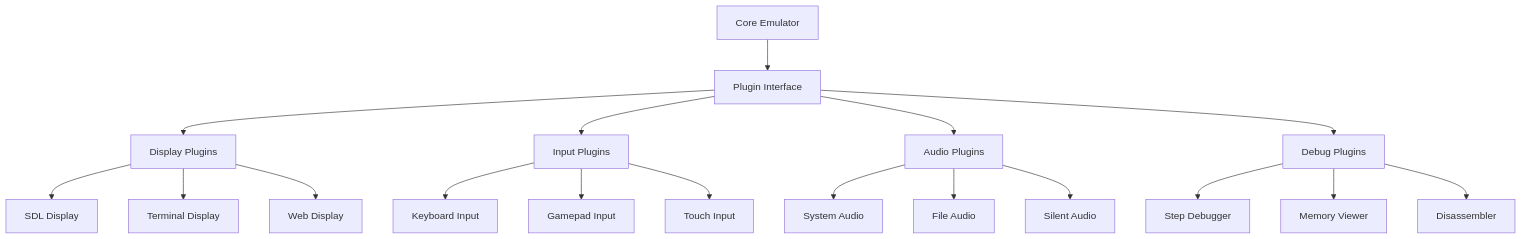
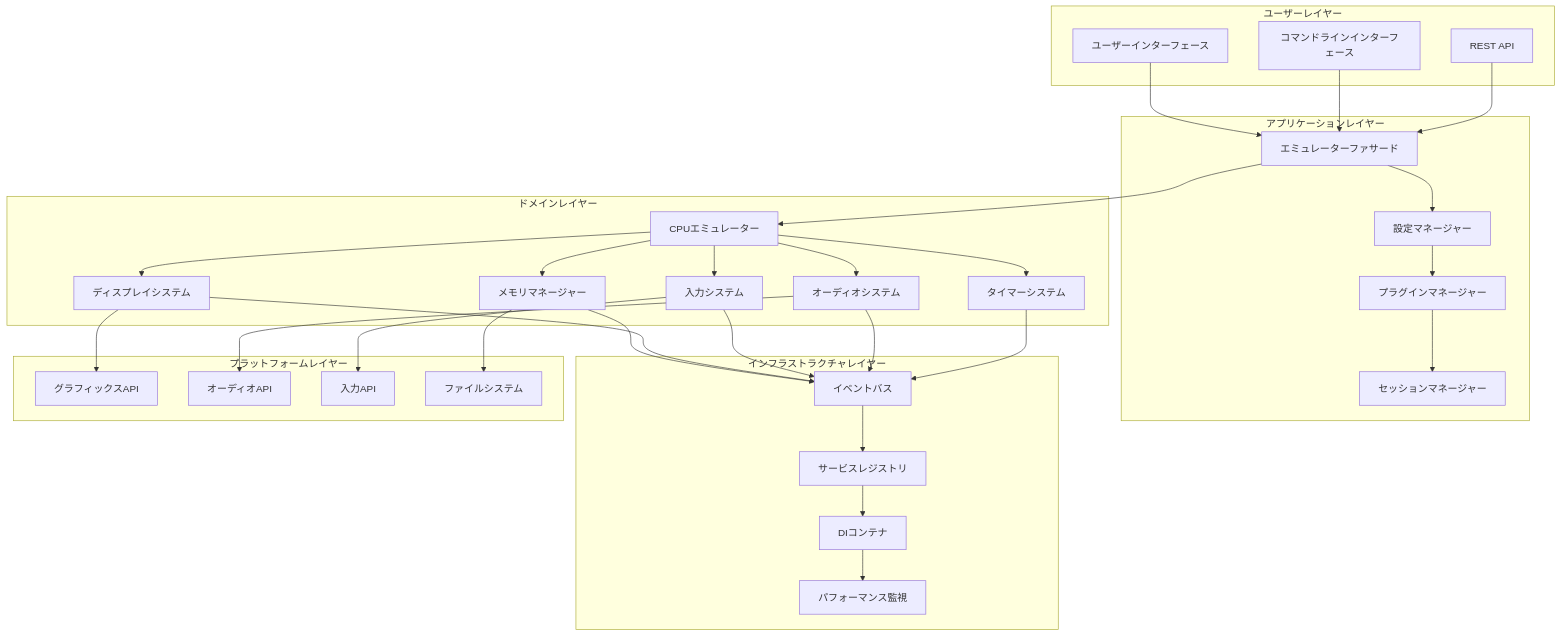
Before and after one commit to takeokunn/cl-chip8: diagram 11 of 14 in docs/explanation/02-architecture-design.md, drawn with Mermaid. The commit also changed other lines of this file and 27 other files, not shown here.

````diff
--- a/docs/explanation/02-architecture-design.md
+++ b/docs/explanation/02-architecture-design.md
@@ -357,25 +993,68 @@
 ```mermaid
-graph TD
-    A[Core Emulator] --> B[Plugin Interface]
+graph TB
+    subgraph "ユーザーレイヤー"
+        UI[ユーザーインターフェース]
+        CLI[コマンドラインインターフェース]
+        API[REST API]
+    end
 
-    B --> C[Display Plugins]
-    B --> D[Input Plugins]
-    B --> E[Audio Plugins]
-    B --> F[Debug Plugins]
+    subgraph "アプリケーションレイヤー"
+        EmuFacade[エミュレーターファサード]
+        ConfigMgr[設定マネージャー]
+        PluginMgr[プラグインマネージャー]
+        SessionMgr[セッションマネージャー]
+    end
 
-    C --> C1[SDL Display]
-    C --> C2[Terminal Display]
-    C --> C3[Web Display]
+    subgraph "ドメインレイヤー"
+        CPU[CPUエミュレーター]
+        Memory[メモリマネージャー]
+        Display[ディスプレイシステム]
+        Input[入力システム]
+        Audio[オーディオシステム]
+        Timer[タイマーシステム]
+    end
 
-    D --> D1[Keyboard Input]
-    D --> D2[Gamepad Input]
-    D --> D3[Touch Input]
+    subgraph "インフラストラクチャレイヤー"
+        EventBus[イベントバス]
+        ServiceRegistry[サービスレジストリ]
+        DIContainer[DIコンテナ]
+        PerfMonitor[パフォーマンス監視]
+    end
 
-    E --> E1[System Audio]
-    E --> E2[File Audio]
-    E --> E3[Silent Audio]
+    subgraph "プラットフォームレイヤー"
+        GraphicsAPI[グラフィックスAPI]
+        AudioAPI[オーディオAPI]
+        InputAPI[入力API]
+        FileSystem[ファイルシステム]
+    end
 
-    F --> F1[Step Debugger]
-    F --> F2[Memory Viewer]
-    F --> F3[Disassembler]
+    UI --> EmuFacade
+    CLI --> EmuFacade
+    API --> EmuFacade
+
+    EmuFacade --> CPU
+    EmuFacade --> ConfigMgr
+    ConfigMgr --> PluginMgr
+    PluginMgr --> SessionMgr
+
+    CPU --> Memory
+    CPU --> Display
+    CPU --> Input
+    CPU --> Audio
+    CPU --> Timer
+
+    Memory --> EventBus
+    Display --> EventBus
+    Input --> EventBus
+    Audio --> EventBus
+    Timer --> EventBus
+
+    EventBus --> ServiceRegistry
+    ServiceRegistry --> DIContainer
+    DIContainer --> PerfMonitor
+
+    Display --> GraphicsAPI
+    Audio --> AudioAPI
+    Input --> InputAPI
+    Memory --> FileSystem
 ```
````
